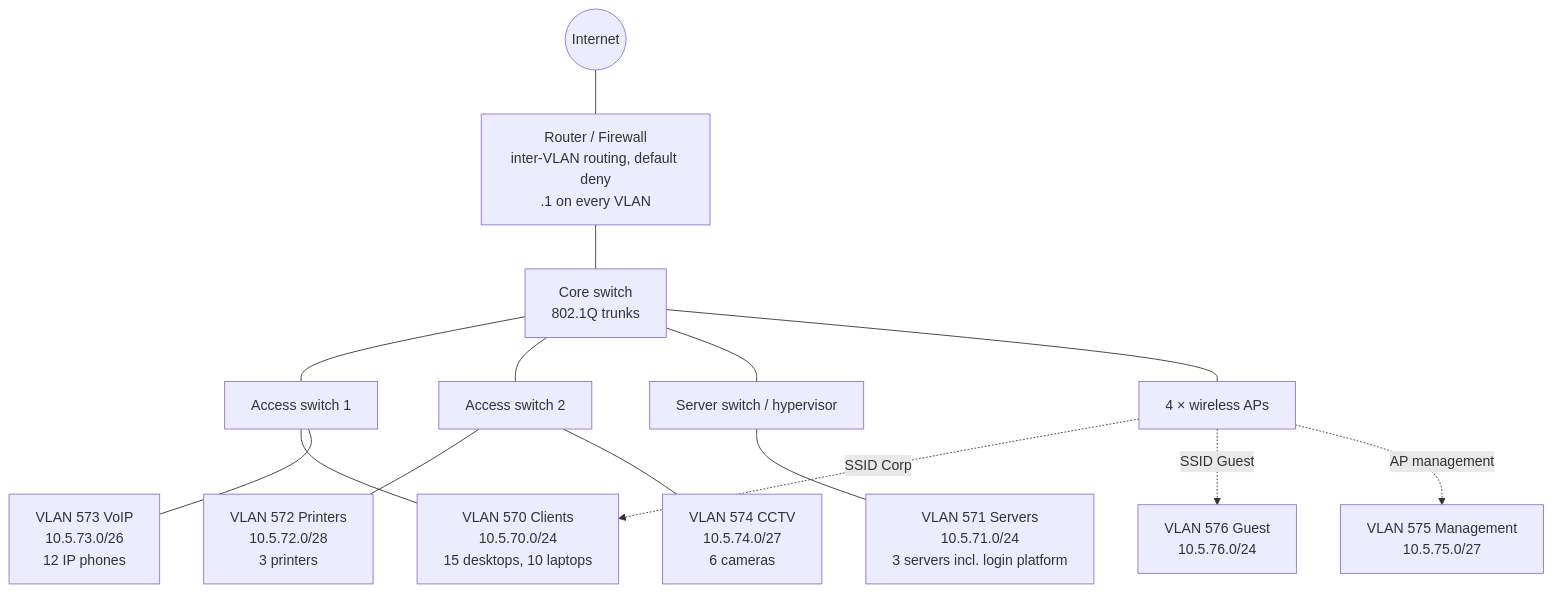
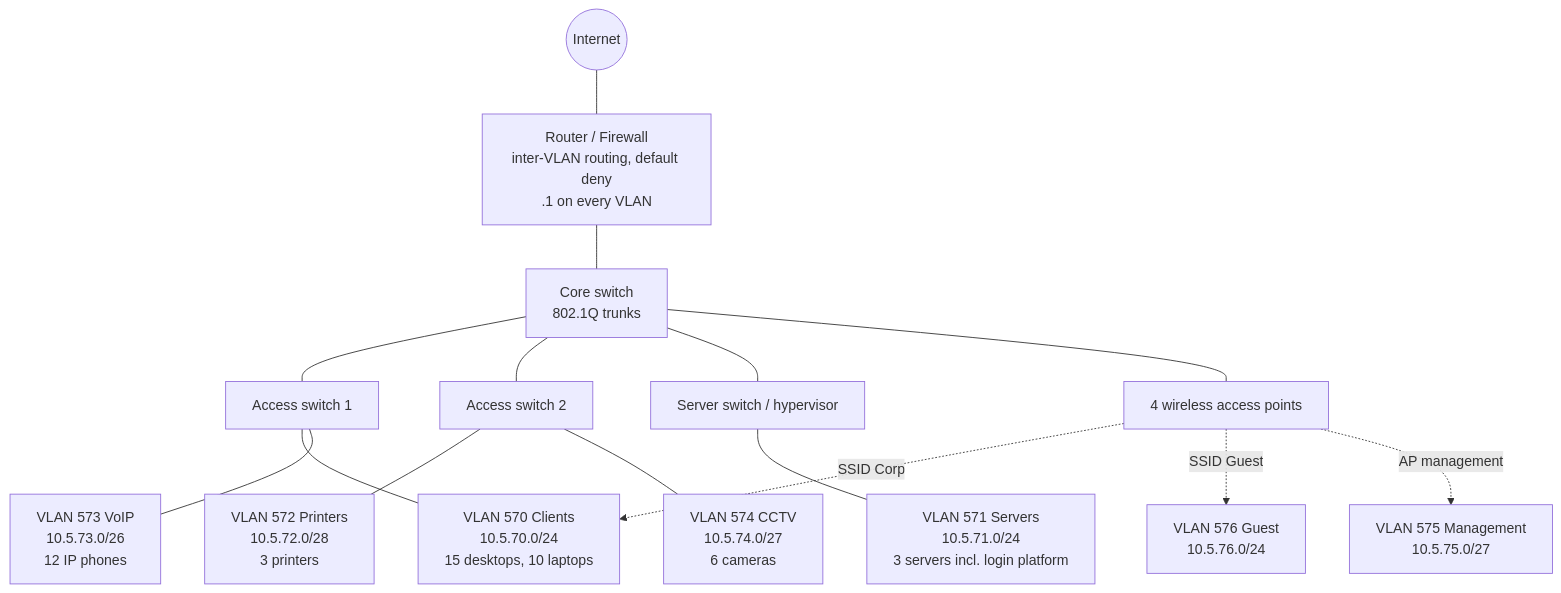
Before and after one commit to davide-jorge/sec-and-infra-compulsory-assignment: the diagram in README.md, drawn with Mermaid. The commit also changed other lines of this file, not shown here.

````diff
--- a/README.md
+++ b/README.md
@@ -293,20 +176,20 @@
 ```mermaid
 flowchart TD
   NET((Internet)) --- FW["Router / Firewall<br/>inter-VLAN routing, default deny<br/>.1 on every VLAN"]
   FW --- CORE["Core switch<br/>802.1Q trunks"]
 
   CORE --- SW1["Access switch 1"]
   CORE --- SW2["Access switch 2"]
   CORE --- SWS["Server switch / hypervisor"]
-  CORE --- APS["4 × wireless APs"]
+  CORE --- APS["4 wireless access points"]
 
   SW1 --- C["VLAN 570 Clients<br/>10.5.70.0/24<br/>15 desktops, 10 laptops"]
   SW1 --- V["VLAN 573 VoIP<br/>10.5.73.0/26<br/>12 IP phones"]
   SW2 --- P["VLAN 572 Printers<br/>10.5.72.0/28<br/>3 printers"]
   SW2 --- CAM["VLAN 574 CCTV<br/>10.5.74.0/27<br/>6 cameras"]
   SWS --- S["VLAN 571 Servers<br/>10.5.71.0/24<br/>3 servers incl. login platform"]
 
   APS -. "SSID Corp" .-> C
   APS -. "SSID Guest" .-> G["VLAN 576 Guest<br/>10.5.76.0/24"]
   APS -. "AP management" .-> M["VLAN 575 Management<br/>10.5.75.0/27"]
 ```
````
